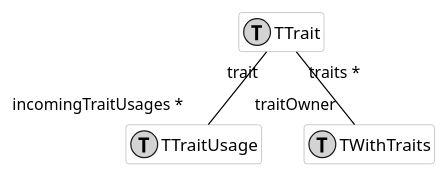
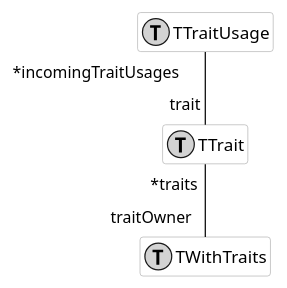
Before and after one commit to moosetechnology/moose-wiki: the diagram in Developers/Diagrams/usetrait.puml, drawn with PlantUML. The commit also changed 17 other files, not shown here.

Commit message:
updated uml diagrams

```diff
--- a/Developers/Diagrams/usetrait.puml
+++ b/Developers/Diagrams/usetrait.puml
@@ -1,23 +1,22 @@
 @startuml
 hide empty members
 
 skinparam class {
   BackgroundColor white
   ArrowColor black
   BorderColor darkGray
 }
 
-class behavior1 as "TTrait" << (T,lightGrey) >> {
+class TTraitUsage << (T,lightGrey) >> {
 }
-
-class behavior2 as "TTraitUsage" << (T,lightGrey) >> {
+class TWithTraits << (T,lightGrey) >> {
 }
-
-class behavior3 as "TWithTraits" << (T,lightGrey) >> {
+class TTrait << (T,lightGrey) >> {
 }
 
 
-behavior1 "trait" -[#black]- "incomingTraitUsages *" behavior2
-behavior1 "traits *" -[#black]- "traitOwner" behavior3
+TTraitUsage " *incomingTraitUsages" -- "trait" TTrait
+TTrait " *traits" -- "traitOwner" TWithTraits
+
 
 @enduml
```
